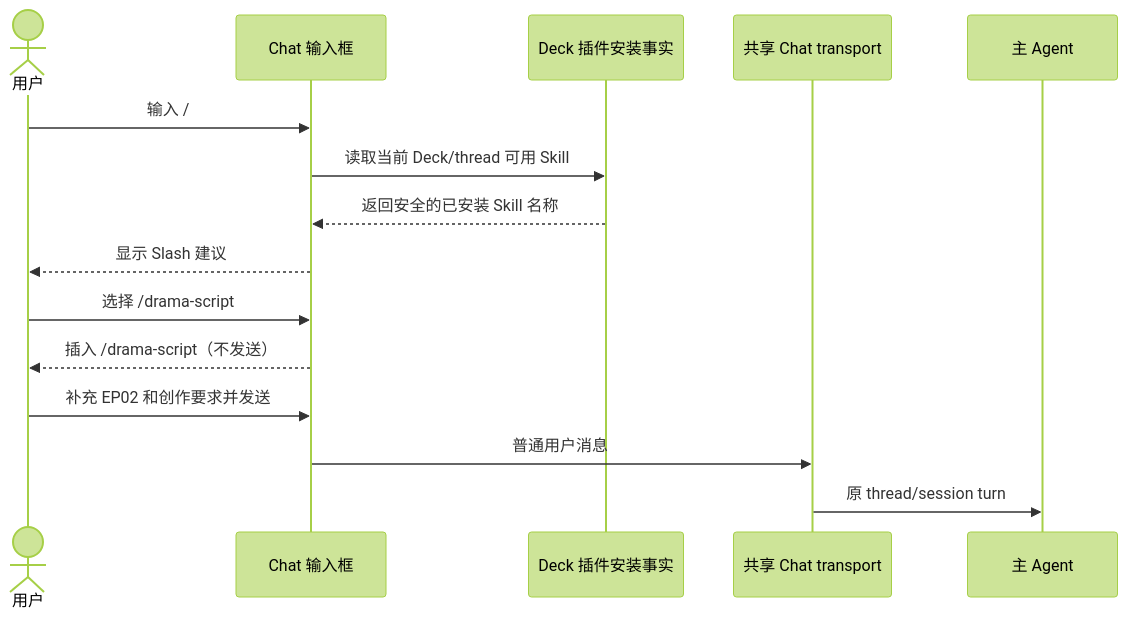
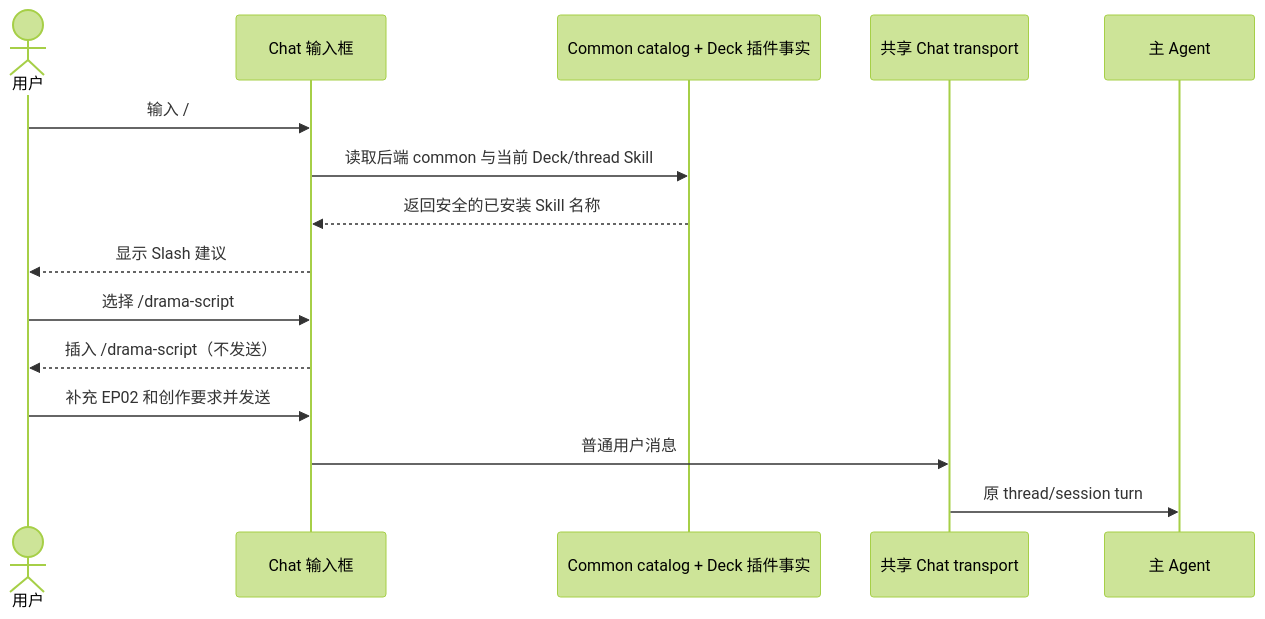
One commit to glide-the/im-dream changed the first of 3 diagrams in docs/design/story-workspace/skill-commands-and-workbench-sync.md. Above: the diagram before and after it, drawn with Mermaid (forest theme). The commit also changed other lines of this file and 20 other files, not shown here.

````diff
--- a/docs/design/story-workspace/skill-commands-and-workbench-sync.md
+++ b/docs/design/story-workspace/skill-commands-and-workbench-sync.md
@@ -38,18 +39,18 @@
 ```mermaid
 sequenceDiagram
     actor U as 用户
     participant I as Chat 输入框
-    participant P as Deck 插件安装事实
+    participant P as Common catalog + Deck 插件事实
     participant T as 共享 Chat transport
     participant A as 主 Agent
 
     U->>I: 输入 /
-    I->>P: 读取当前 Deck/thread 可用 Skill
+    I->>P: 读取后端 common 与当前 Deck/thread Skill
     P-->>I: 返回安全的已安装 Skill 名称
     I-->>U: 显示 Slash 建议
     U->>I: 选择 /drama-script
     I-->>U: 插入 /drama-script（不发送）
     U->>I: 补充 EP02 和创作要求并发送
     I->>T: 普通用户消息
     T->>A: 原 thread/session turn
 ```
````
